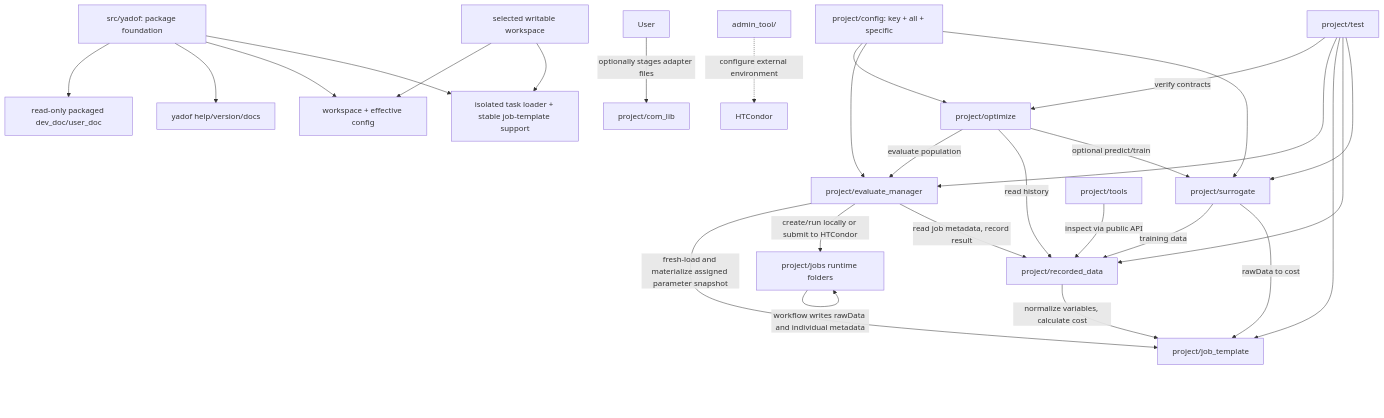
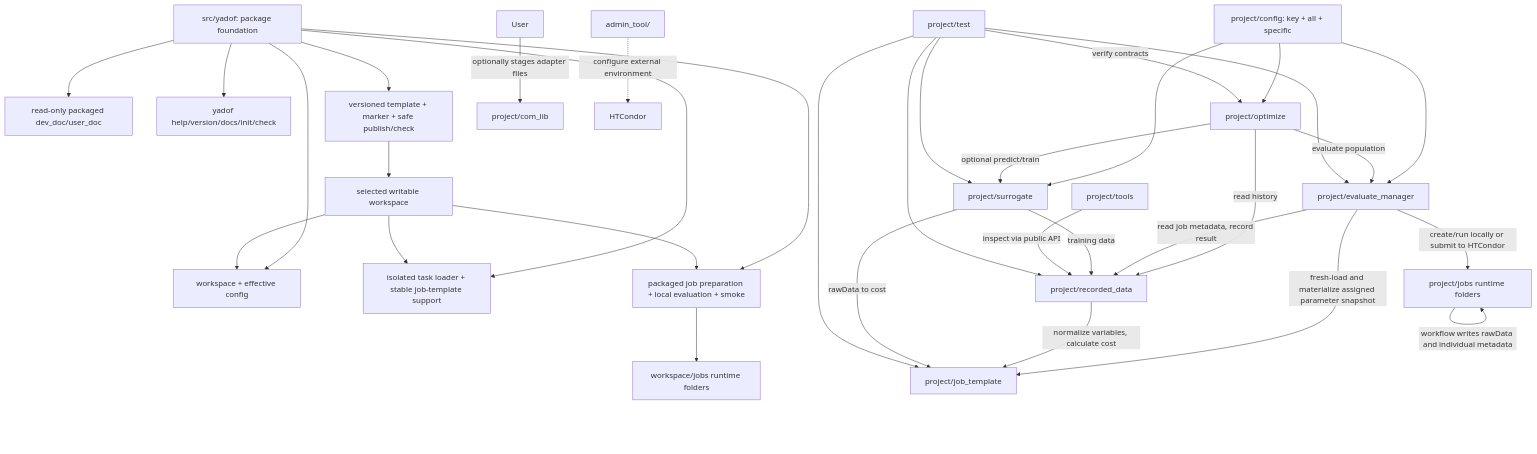
Before and after one commit to YS-Pan/yadof: the diagram in dev_doc/architecture/c4_container.md, drawn with Mermaid. The commit also changed other lines of this file and 55 other files, not shown here.

Commit message:
feat: package workspace lifecycle and local evaluation

````diff
--- a/dev_doc/architecture/c4_container.md
+++ b/dev_doc/architecture/c4_container.md
@@ -5,35 +5,40 @@
 ```mermaid
 flowchart TD
     Package["src/yadof: package foundation"] --> PackageDocs["read-only packaged dev_doc/user_doc"]
-    Package --> PackageCLI["yadof help/version/docs"]
+    Package --> PackageCLI["yadof help/version/docs/init/check"]
     Package --> WorkspaceAPI["workspace + effective config"]
     Package --> TaskAPI["isolated task loader + stable job-template support"]
+    Package --> WorkspaceLifecycle["versioned template + marker + safe publish/check"]
+    Package --> LocalEvaluate["packaged job preparation + local evaluation + smoke"]
     Workspace["selected writable workspace"] --> WorkspaceAPI
     Workspace --> TaskAPI
+    WorkspaceLifecycle --> Workspace
+    LocalEvaluate --> WorkspaceJobs["workspace/jobs runtime folders"]
+    Workspace --> LocalEvaluate
 
     Config["project/config: key + all + specific"] --> Optimize["project/optimize"]
     Config --> Evaluate["project/evaluate_manager"]
     Config --> Surrogate["project/surrogate"]
 
     Optimize -->|evaluate population| Evaluate
     Optimize -->|read history| Recorded["project/recorded_data"]
     Optimize -->|optional predict/train| Surrogate
 
     Evaluate -->|fresh-load and materialize assigned parameter snapshot| Template["project/job_template"]
     User -->|optionally stages adapter files| ComLib["project/com_lib"]
     Evaluate -->|create/run locally or submit to HTCondor| Jobs["project/jobs runtime folders"]
     Jobs -->|workflow writes rawData and individual metadata| Jobs
     Evaluate -->|read job metadata, record result| Recorded
 
     Recorded -->|normalize variables, calculate cost| Template
     Surrogate -->|training data| Recorded
     Surrogate -->|rawData to cost| Template
 
     Tools["project/tools"] -->|inspect via public API| Recorded
     AdminResources["admin_tool/"] -.->|configure external environment| HTCondor
     Tests["project/test"] -->|verify contracts| Optimize
     Tests --> Evaluate
     Tests --> Template
     Tests --> Recorded
     Tests --> Surrogate
 ```
````
